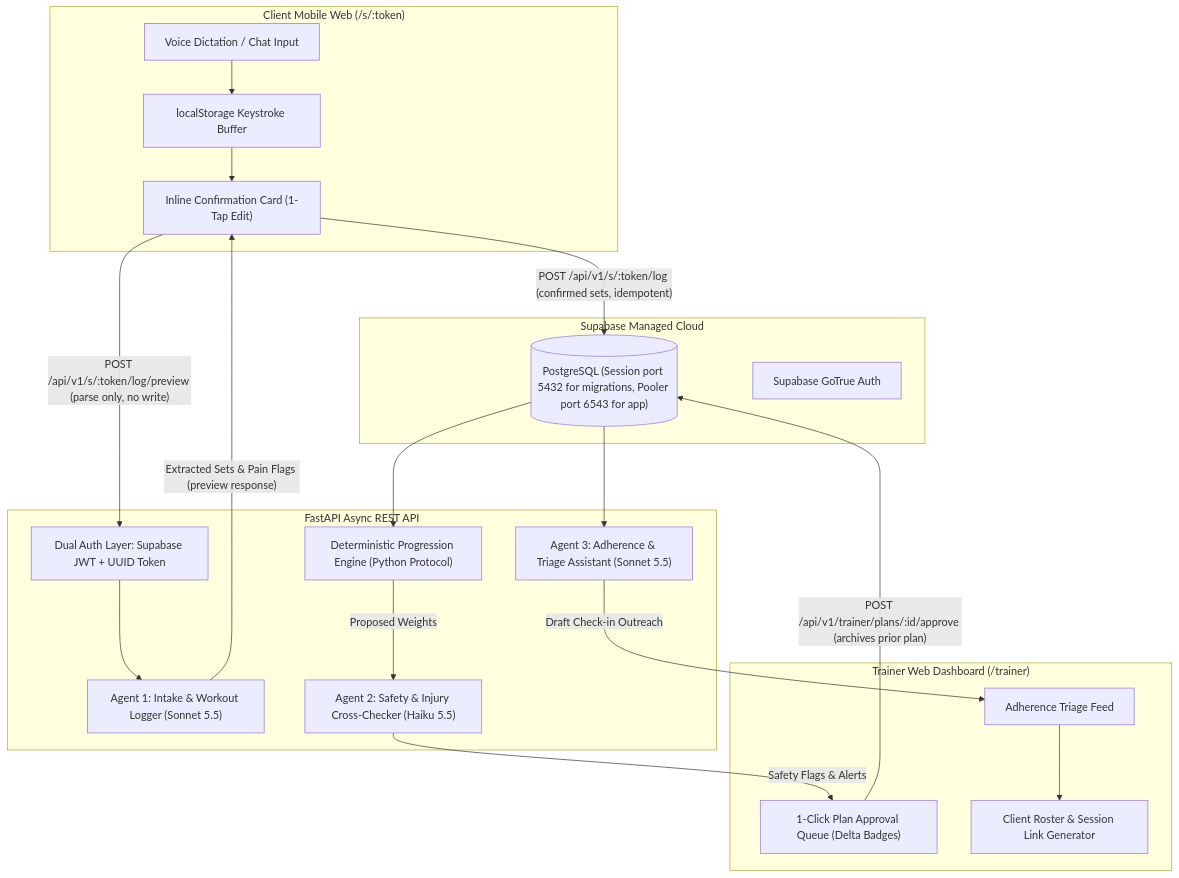
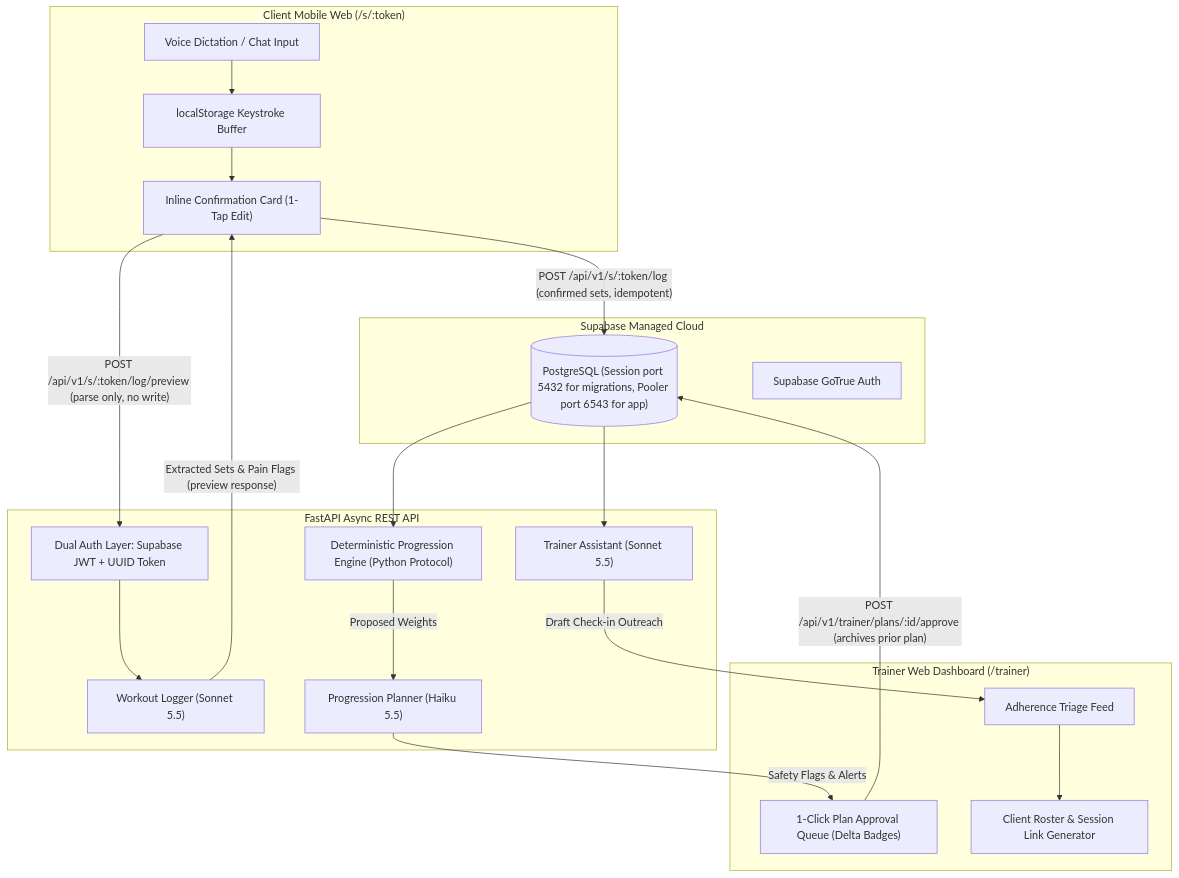
One commit to justin-day-pursuit/trainer-agent-app changed the first of 2 diagrams in documents/09-implementation-plan.md. Above: the diagram before and after it, drawn with Mermaid. The commit also changed other lines of this file and 24 other files, not shown here.

Commit message:
docs(agents): adopt functional names (Workout Logger, Progression Planner, Trainer Assistant) across codebase and docs

````diff
--- a/documents/09-implementation-plan.md
+++ b/documents/09-implementation-plan.md
@@ -42,38 +42,38 @@
 ```mermaid
 flowchart TD
     subgraph ClientMobile ["Client Mobile Web (/s/:token)"]
         A["Voice Dictation / Chat Input"] --> B["localStorage Keystroke Buffer"]
         B --> C["Inline Confirmation Card (1-Tap Edit)"]
     end
 
     subgraph BackendAPI ["FastAPI Async REST API"]
         D["Dual Auth Layer: Supabase JWT + UUID Token"]
-        E["Agent 1: Intake & Workout Logger (Sonnet 5.5)"]
+        E["Workout Logger (Sonnet 5.5)"]
         F["Deterministic Progression Engine (Python Protocol)"]
-        G["Agent 2: Safety & Injury Cross-Checker (Haiku 5.5)"]
-        H["Agent 3: Adherence & Triage Assistant (Sonnet 5.5)"]
+        G["Progression Planner (Haiku 5.5)"]
+        H["Trainer Assistant (Sonnet 5.5)"]
     end
 
     subgraph DataStore ["Supabase Managed Cloud"]
         I[("PostgreSQL (Session port 5432 for migrations, Pooler port 6543 for app)")]
         J["Supabase GoTrue Auth"]
     end
 
     subgraph TrainerPortal ["Trainer Web Dashboard (/trainer)"]
         K["Adherence Triage Feed"]
         L["1-Click Plan Approval Queue (Delta Badges)"]
         M["Client Roster & Session Link Generator"]
     end
 
     C -->|"POST /api/v1/s/:token/log/preview (parse only, no write)"| D
     D --> E
     E -->|"Extracted Sets & Pain Flags (preview response)"| C
     C -->|"POST /api/v1/s/:token/log (confirmed sets, idempotent)"| I
     I --> F
     F -->|Proposed Weights| G
     G -->|Safety Flags & Alerts| L
     L -->|"POST /api/v1/trainer/plans/:id/approve (archives prior plan)"| I
     I --> H
     H -->|Draft Check-in Outreach| K
     K --> M
 ```
````
